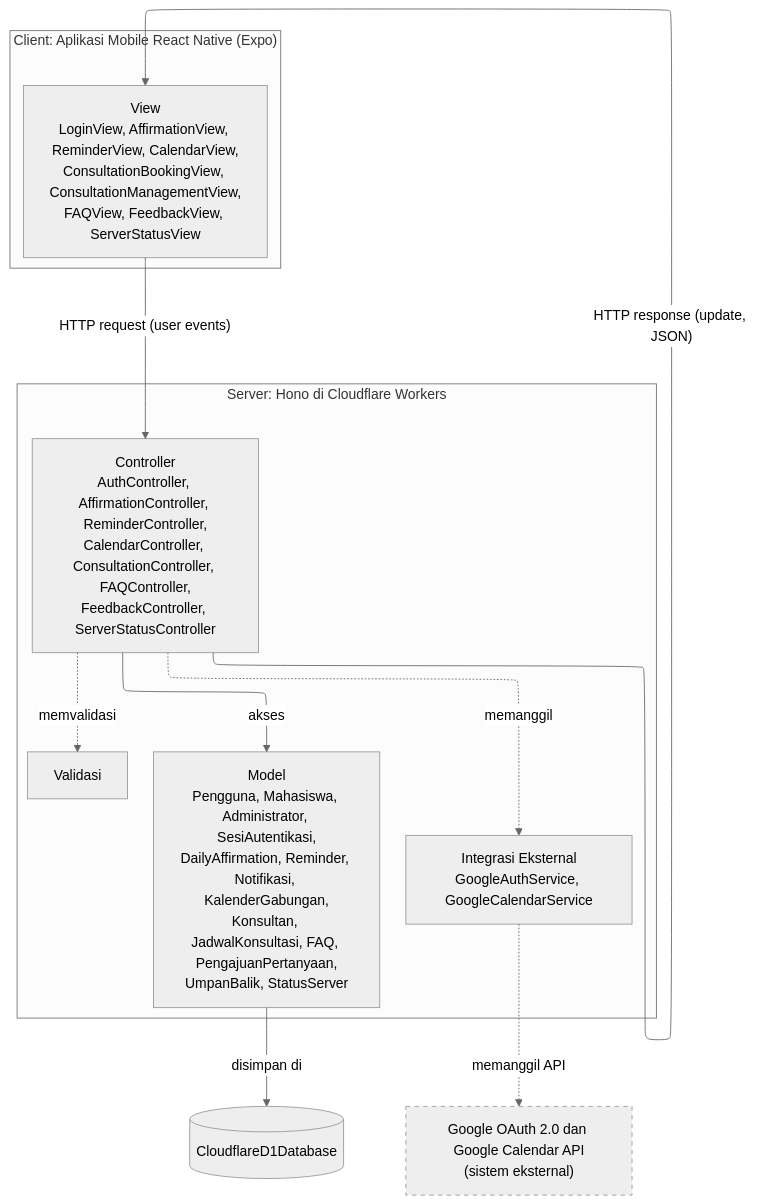
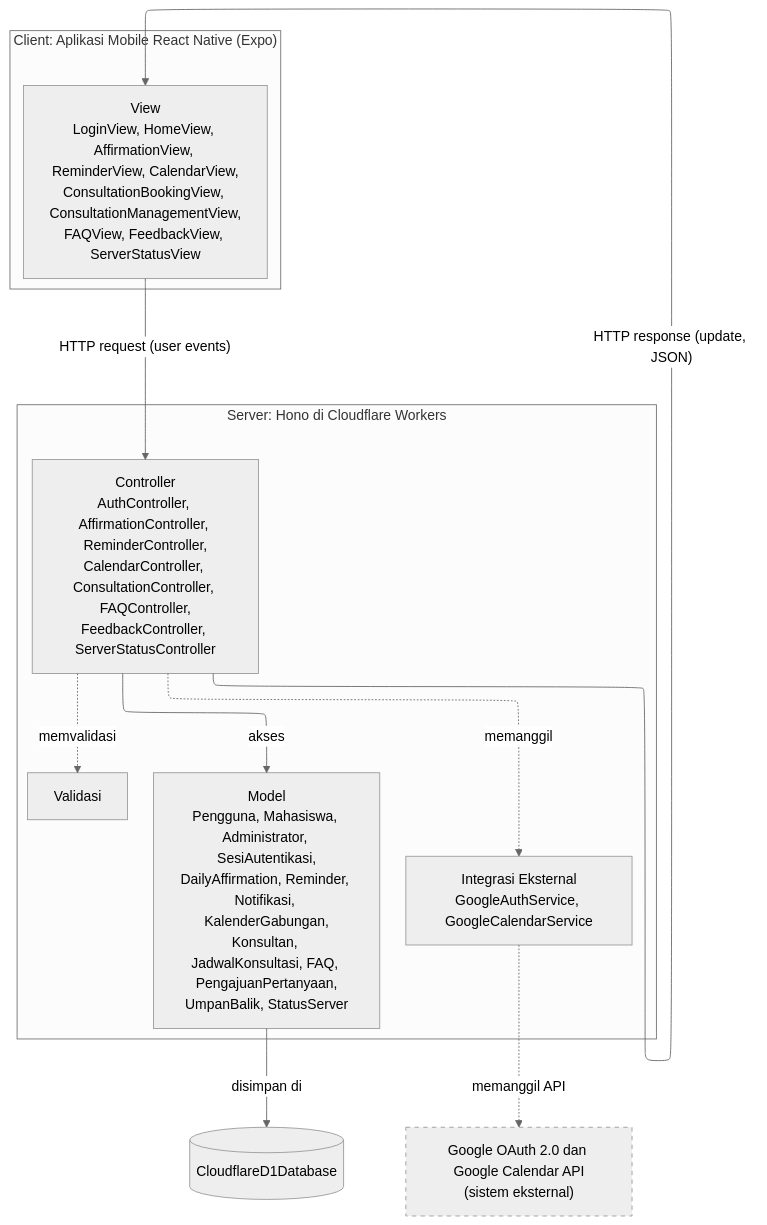
Before and after one commit to sbxte/IF2150-RPL-K01-G04: the first of 41 diagrams in docs/M8/K01_G04_DPPL2.md, drawn with Mermaid (neutral theme). The commit also changed other lines of this file and 15 other files, not shown here.

````diff
--- a/docs/M8/K01_G04_DPPL2.md
+++ b/docs/M8/K01_G04_DPPL2.md
@@ -164,30 +166,30 @@
 ```mermaid
 ---
 config:
   layout: elk
 ---
 flowchart TB
     subgraph CLIENT["Client: Aplikasi Mobile React Native (Expo)"]
-        V["View<br/>LoginView, AffirmationView, ReminderView, CalendarView,<br/>ConsultationBookingView, ConsultationManagementView,<br/>FAQView, FeedbackView, ServerStatusView"]
+        V["View<br/>LoginView, HomeView, AffirmationView, ReminderView, CalendarView,<br/>ConsultationBookingView, ConsultationManagementView,<br/>FAQView, FeedbackView, ServerStatusView"]
     end
 
     subgraph SERVER["Server: Hono di Cloudflare Workers"]
         C["Controller<br/>AuthController, AffirmationController, ReminderController,<br/>CalendarController, ConsultationController, FAQController,<br/>FeedbackController, ServerStatusController"]
         VAL["Validasi"]
         M["Model<br/>Pengguna, Mahasiswa, Administrator, SesiAutentikasi,<br/>DailyAffirmation, Reminder, Notifikasi, KalenderGabungan,<br/>Konsultan, JadwalKonsultasi, FAQ, PengajuanPertanyaan,<br/>UmpanBalik, StatusServer"]
         INT["Integrasi Eksternal<br/>GoogleAuthService, GoogleCalendarService"]
     end
 
     DB[("CloudflareD1Database")]
     GOOGLE["Google OAuth 2.0 dan Google Calendar API<br/>(sistem eksternal)"]
 
     V -->|"HTTP request (user events)"| C
     C -->|"HTTP response (update, JSON)"| V
     C -.->|"memvalidasi"| VAL
     C -->|"akses"| M
     C -.->|"memanggil"| INT
     M -->|"disimpan di"| DB
     INT -.->|"memanggil API"| GOOGLE
 
     style GOOGLE stroke-dasharray: 5 5
 ```
````
